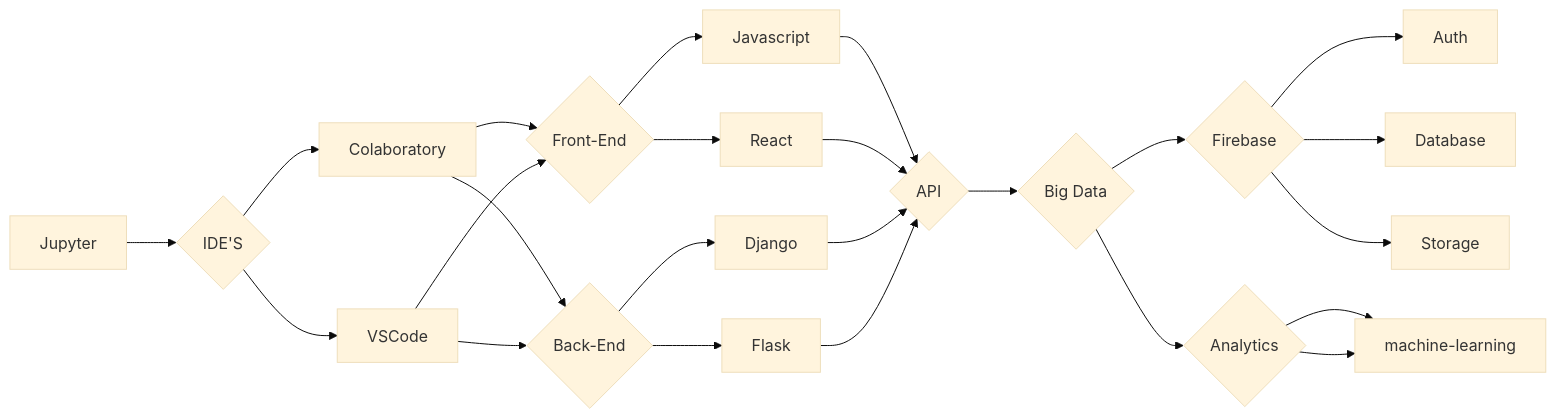
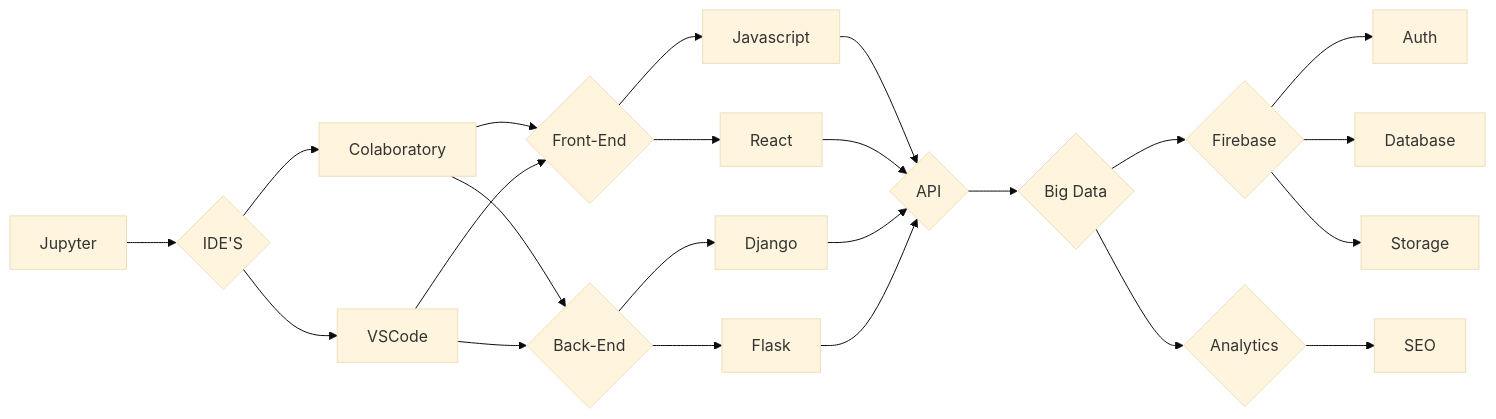
One commit to SauloCandeira/SauloCandeira changed the first of 2 diagrams in README.md. Above: the diagram before and after it, drawn with Mermaid (base theme).

````diff
--- a/README.md
+++ b/README.md
@@ -61,34 +61,34 @@
 ```mermaid
 flowchart LR
 
 M[Jupyter] --> Z{IDE'S} 
 
 Z{IDE'S} --> K[Colaboratory]
 Z  --> L
 
 K[Colaboratory] --> A{Front-End} 
 K --> B{Back-End}
 L[VSCode] --> A{Front-End} 
 L --> B{Back-End}
 
 A{Front-End} --> I[Javascript] --> O{API} 
 A{Front-End} --> J[React] --> O{API} 
 
 B{Back-End} --> G[Django] --> O{API} 
 B{Back-End} --> H[Flask] --> O{API} 
 
 
 
 O{API} --> N{Big Data}
 
 
 N{Big Data} --> C{Firebase}
 N --> P{Analytics}
 
 P --> Q[SEO]
-P --> Q[machine-learning]
+
 
 C --> D[Auth]
 C --> E[Database]
 C --> F[Storage]
 ```
````
